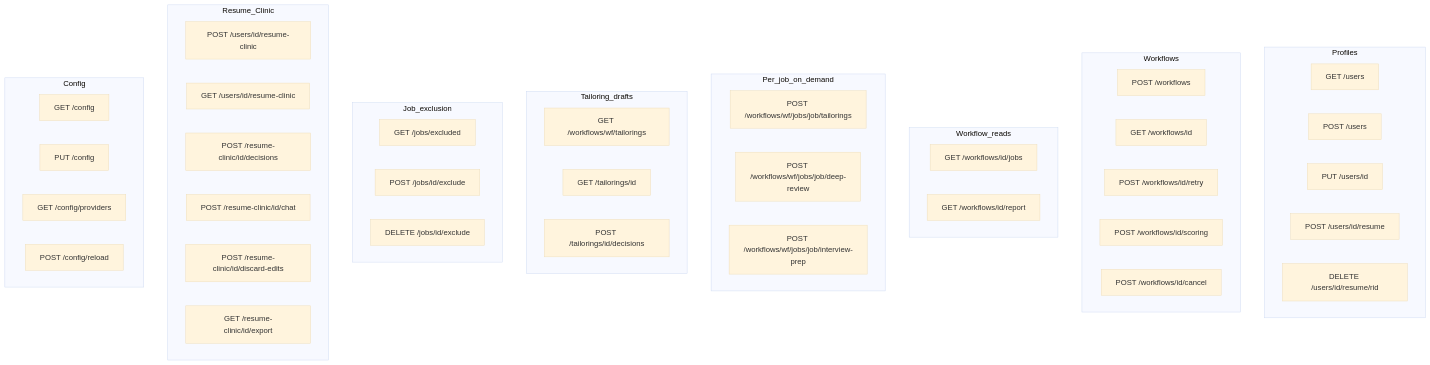
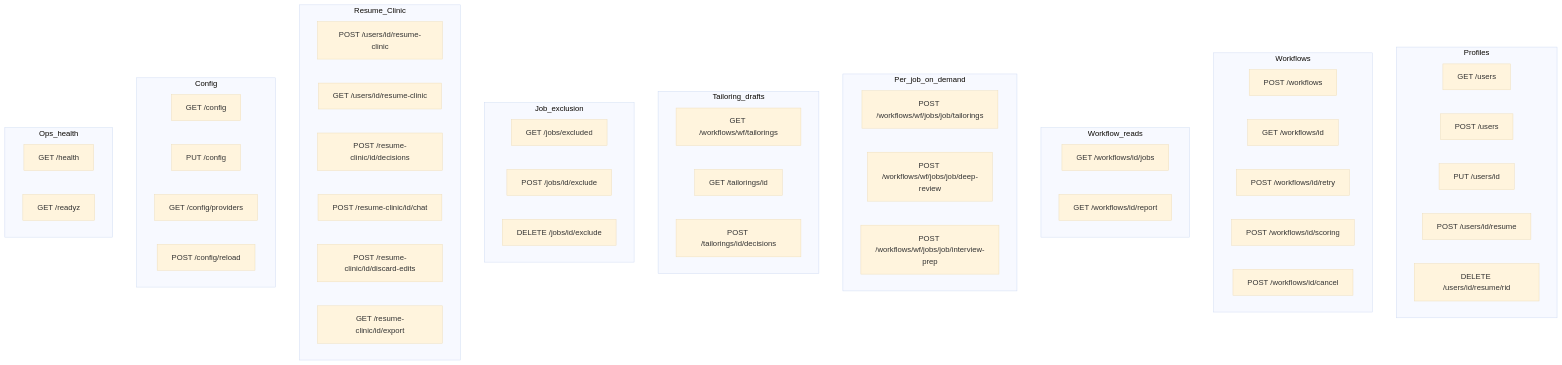
The diagram in docs/architecture/images/api_surface.mmd (suthrams/jobsearchagent-v2), drawn with Mermaid (base theme) before and after one commit. The commit also changed 18 other files, not shown here.

```diff
--- a/docs/architecture/images/api_surface.mmd
+++ b/docs/architecture/images/api_surface.mmd
@@ -1,58 +1,63 @@
 %% Textual mirror only. The published PNG is rendered from
 %% tools/figure_renderer/specs/api_surface.json (deterministic figure renderer),
 %% not from this file. Keep both in sync on any endpoint change.
 flowchart TB
     subgraph Profiles
         p1[GET /users]
         p2[POST /users]
         p3[PUT /users/id]
         p4[POST /users/id/resume]
         p5[DELETE /users/id/resume/rid]
     end
 
     subgraph Workflows
         w1[POST /workflows]
         w2[GET /workflows/id]
         w3[POST /workflows/id/retry]
         w4[POST /workflows/id/scoring]
         w5[POST /workflows/id/cancel]
     end
 
     subgraph Workflow_reads
         r1[GET /workflows/id/jobs]
         r2[GET /workflows/id/report]
     end
 
     subgraph Per_job_on_demand
         d1[POST /workflows/wf/jobs/job/tailorings]
         d2[POST /workflows/wf/jobs/job/deep-review]
         d3[POST /workflows/wf/jobs/job/interview-prep]
     end
 
     subgraph Tailoring_drafts
         t1[GET /workflows/wf/tailorings]
         t2[GET /tailorings/id]
         t3[POST /tailorings/id/decisions]
     end
 
     subgraph Job_exclusion
         j1[GET /jobs/excluded]
         j2[POST /jobs/id/exclude]
         j3[DELETE /jobs/id/exclude]
     end
 
     subgraph Resume_Clinic
         c1[POST /users/id/resume-clinic]
         c2[GET /users/id/resume-clinic]
         c3[POST /resume-clinic/id/decisions]
         c4[POST /resume-clinic/id/chat]
         c5[POST /resume-clinic/id/discard-edits]
         c6[GET /resume-clinic/id/export]
     end
 
     subgraph Config
         f1[GET /config]
         f2[PUT /config]
         f3[GET /config/providers]
         f4[POST /config/reload]
     end
+
+    subgraph Ops_health
+        o1[GET /health]
+        o2[GET /readyz]
+    end
```
